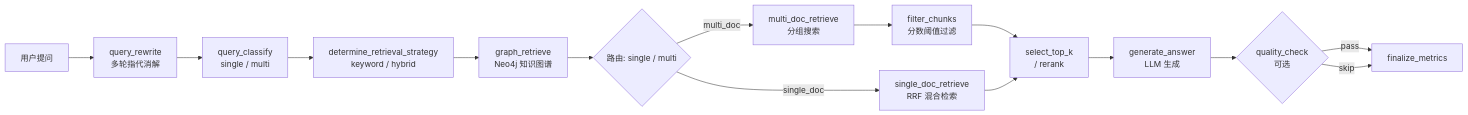
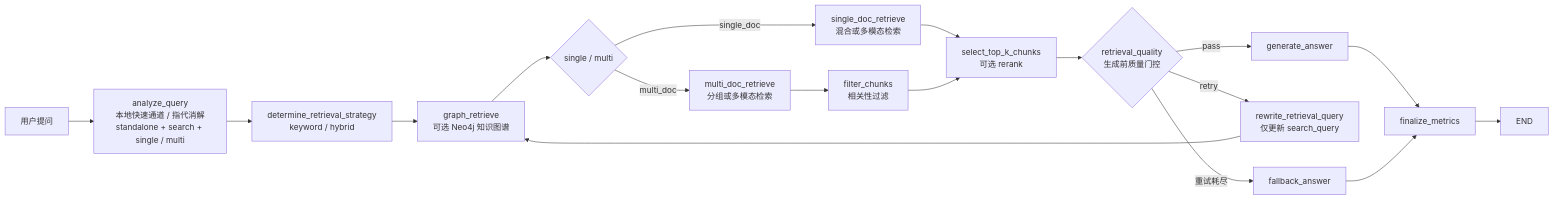
One commit to caigood/Multimodal-RAG-Agent-langgraph changed the first of 2 diagrams in README.md. Above: the diagram before and after it, drawn with Mermaid. The commit also changed other lines of this file and 60 other files, not shown here.

````diff
--- a/README.md
+++ b/README.md
@@ -86,17 +89,20 @@
 ```mermaid
 graph LR
-    A[用户提问] --> B[query_rewrite\n多轮指代消解]
-    B --> C[query_classify\nsingle / multi]
-    C --> D[determine_retrieval_strategy\nkeyword / hybrid]
-    D --> E[graph_retrieve\nNeo4j 知识图谱]
-    E --> F{路由: single / multi}
-    F -->|single_doc| G[single_doc_retrieve\nRRF 混合检索]
-    F -->|multi_doc| H[multi_doc_retrieve\n分组搜索]
-    H --> I[filter_chunks\n分数阈值过滤]
-    I --> J[select_top_k\n/ rerank]
-    G --> J
-    J --> K[generate_answer\nLLM 生成]
-    K --> L{quality_check\n可选}
-    L -->|pass| M[finalize_metrics]
-    L -->|skip| M
+    A[用户提问] --> B[analyze_query<br/>本地快速通道 / 指代消解<br/>standalone + search + single / multi]
+    B --> C[determine_retrieval_strategy<br/>keyword / hybrid]
+    C --> D[graph_retrieve<br/>可选 Neo4j 知识图谱]
+    D --> E{single / multi}
+    E -->|single_doc| F[single_doc_retrieve<br/>混合或多模态检索]
+    E -->|multi_doc| G[multi_doc_retrieve<br/>分组或多模态检索]
+    G --> H[filter_chunks<br/>相关性过滤]
+    F --> I[select_top_k_chunks<br/>可选 rerank]
+    H --> I
+    I --> J{retrieval_quality<br/>生成前质量门控}
+    J -->|pass| K[generate_answer]
+    J -->|retry| L[rewrite_retrieval_query<br/>仅更新 search_query]
+    L --> D
+    J -->|重试耗尽| M[fallback_answer]
+    K --> N[finalize_metrics]
+    M --> N
+    N --> O[END]
 ```
````
